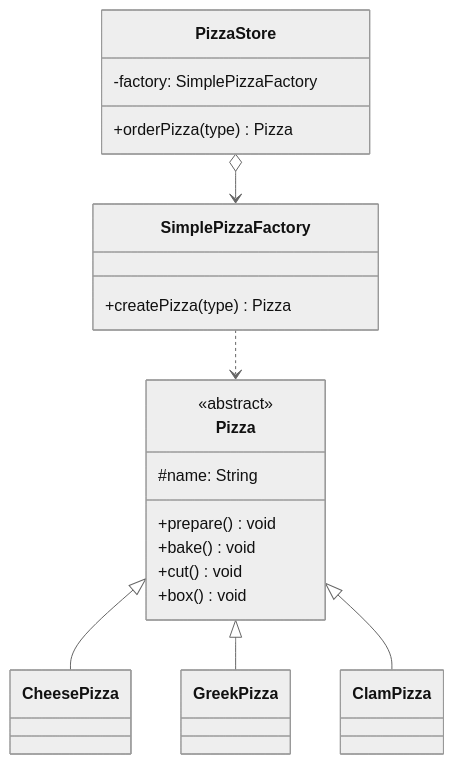
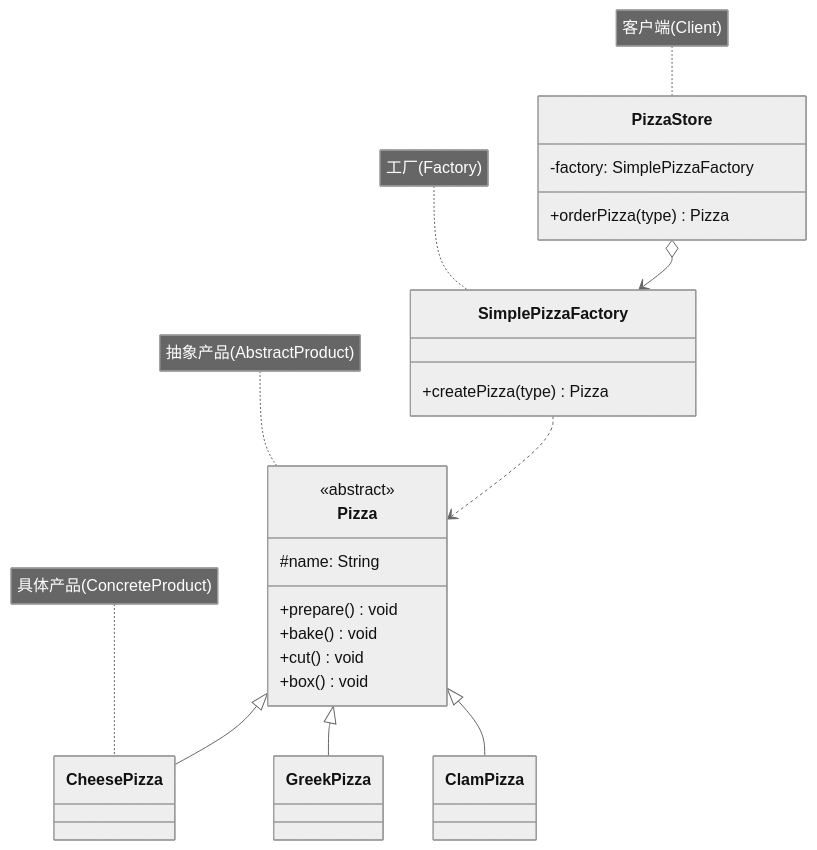
The diagram in docs/topic/design-patterns/creational-patterns/simple-factory/index.md (luguosong/programming-notes), drawn with Mermaid (neutral theme) before and after one commit. The commit also changed 23 other files, not shown here.

First line of the commit message:
fix: 修正设计模式 UML 箭头类型并添加角色标注

````diff
--- a/docs/topic/design-patterns/creational-patterns/simple-factory/index.md
+++ b/docs/topic/design-patterns/creational-patterns/simple-factory/index.md
@@ -31,29 +31,33 @@
 ```mermaid
 classDiagram
     class Pizza {
         <<abstract>>
         #name: String
         +prepare() void
         +bake() void
         +cut() void
         +box() void
     }
     class CheesePizza {
     }
     class GreekPizza {
     }
     class ClamPizza {
     }
     class SimplePizzaFactory {
         +createPizza(type) Pizza
     }
     class PizzaStore {
         -factory: SimplePizzaFactory
         +orderPizza(type) Pizza
     }
     Pizza <|-- CheesePizza
     Pizza <|-- GreekPizza
     Pizza <|-- ClamPizza
     SimplePizzaFactory ..> Pizza
     PizzaStore o--> SimplePizzaFactory
+    note for Pizza "抽象产品(AbstractProduct)"
+    note for CheesePizza "具体产品(ConcreteProduct)"
+    note for SimplePizzaFactory "工厂(Factory)"
+    note for PizzaStore "客户端(Client)"
 ```
````
